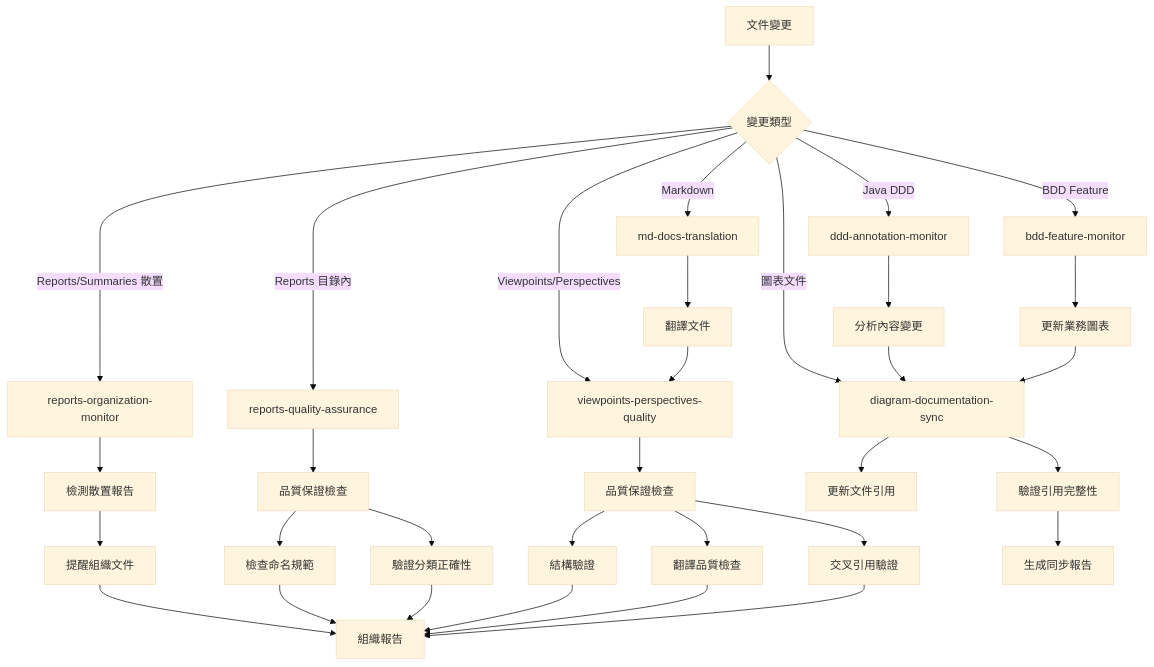
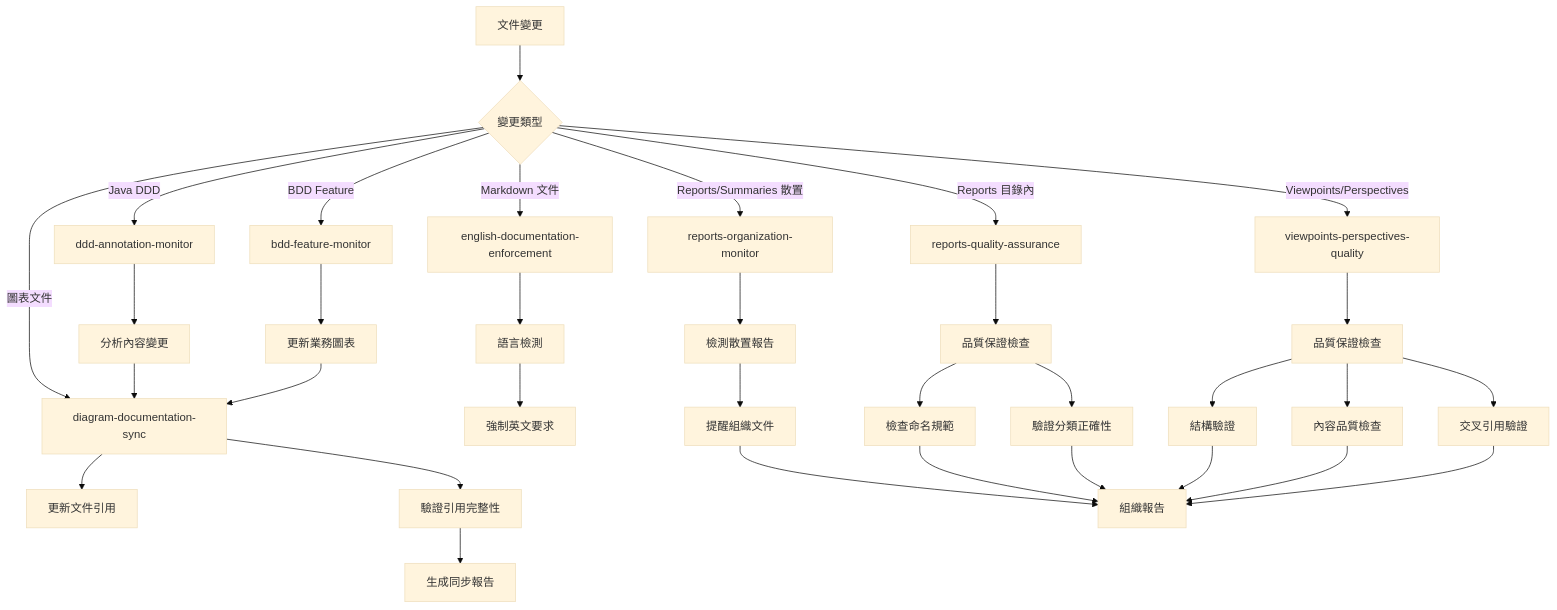
The diagram in .kiro/hooks/README.md (humank/genai-demo), drawn with Mermaid (base theme) before and after one commit. The commit also changed other lines of this file and 654 other files, not shown here.

First line of the commit message:
feat: Complete major documentation translation to English

````diff
--- a/.kiro/hooks/README.md
+++ b/.kiro/hooks/README.md
@@ -63,40 +79,41 @@
 ```mermaid
 graph TB
     A[文件變更] --> B{變更類型}
+    B -->|Markdown 文件| EN[english-documentation-enforcement]
     B -->|Reports/Summaries 散置| RO[reports-organization-monitor]
     B -->|Reports 目錄內| RQ[reports-quality-assurance]
     B -->|Viewpoints/Perspectives| VP[viewpoints-perspectives-quality]
     B -->|圖表文件| C[diagram-documentation-sync]
     B -->|Java DDD| D[ddd-annotation-monitor]
     B -->|BDD Feature| E[bdd-feature-monitor]
-    B -->|Markdown| F[md-docs-translation]
-    
+
+    EN --> ENA[語言檢測]
     RO --> ROA[檢測散置報告]
     RQ --> RQA[品質保證檢查]
     VP --> VPQ[品質保證檢查]
     C --> G[更新文件引用]
     D --> H[分析內容變更]
     E --> I[更新業務圖表]
-    F --> J[翻譯文件]
-    
+
+    ENA --> ENB[強制英文要求]
     ROA --> ROB[提醒組織文件]
     RQA --> RQB[檢查命名規範]
     RQA --> RQC[驗證分類正確性]
     VPQ --> K[結構驗證]
-    VPQ --> L[翻譯品質檢查]
+    VPQ --> L[內容品質檢查]
     VPQ --> M[交叉引用驗證]
     
     H --> C
     I --> C
-    J --> VP
+
     
     C --> N[驗證引用完整性]
     N --> O[生成同步報告]
     
     ROB --> P[組織報告]
     RQB --> P
     RQC --> P
     K --> P
     L --> P
     M --> P
 ```
````
